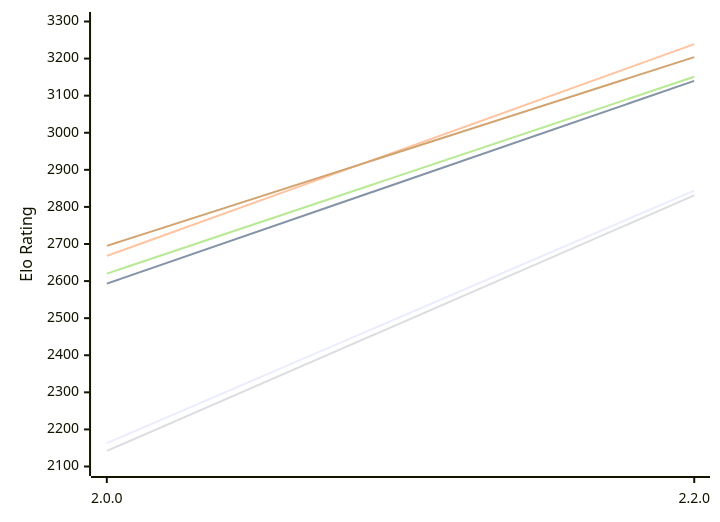
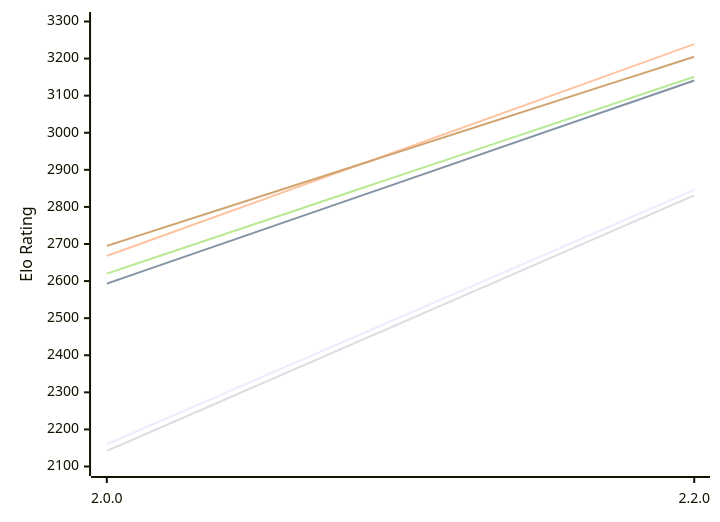
One commit to computer-chess-index/cci changed the first of 2 diagrams in engines/SoloEngine.md. Above: the diagram before and after it, drawn with Mermaid. The commit also changed other lines of this file, not shown here.

Commit message:
Update CCI Ratings (ELO VLTC) - 2026-11-27

````diff
--- a/engines/SoloEngine.md
+++ b/engines/SoloEngine.md
@@ -55,12 +55,12 @@
 ```mermaid
 %%{init: {"theme":"base","themeVariables":{"seriesColors:['#a3a3a3','#222221','#faa371']}}}%%
 xychart-beta
   x-axis ["2.0.0", "2.2.0"]
   y-axis "Elo Rating" 2100 --> 3300
-  line "E1: STC (8.0+0.08s)" [2163, 2844]
-  line "E1: LTC (60.0+0.60s)" [2593, 3140]
+  line "E1: STC (8.0+0.08s)" [2160, 2846]
+  line "E1: LTC (60.0+0.60s)" [2593, 3141]
   line "E1: VLTC (2m24s+1.12s)" [2668, 3239]
   line "P1: STC (8.0+0.08s)" [2142, 2831]
   line "P1: LTC (60.0+0.60s)" [2620, 3151]
-  line "P1: VLTC (2m24s+1.12s)" [2695, 3204]
+  line "P1: VLTC (2m24s+1.12s)" [2695, 3205]
 ```
````
